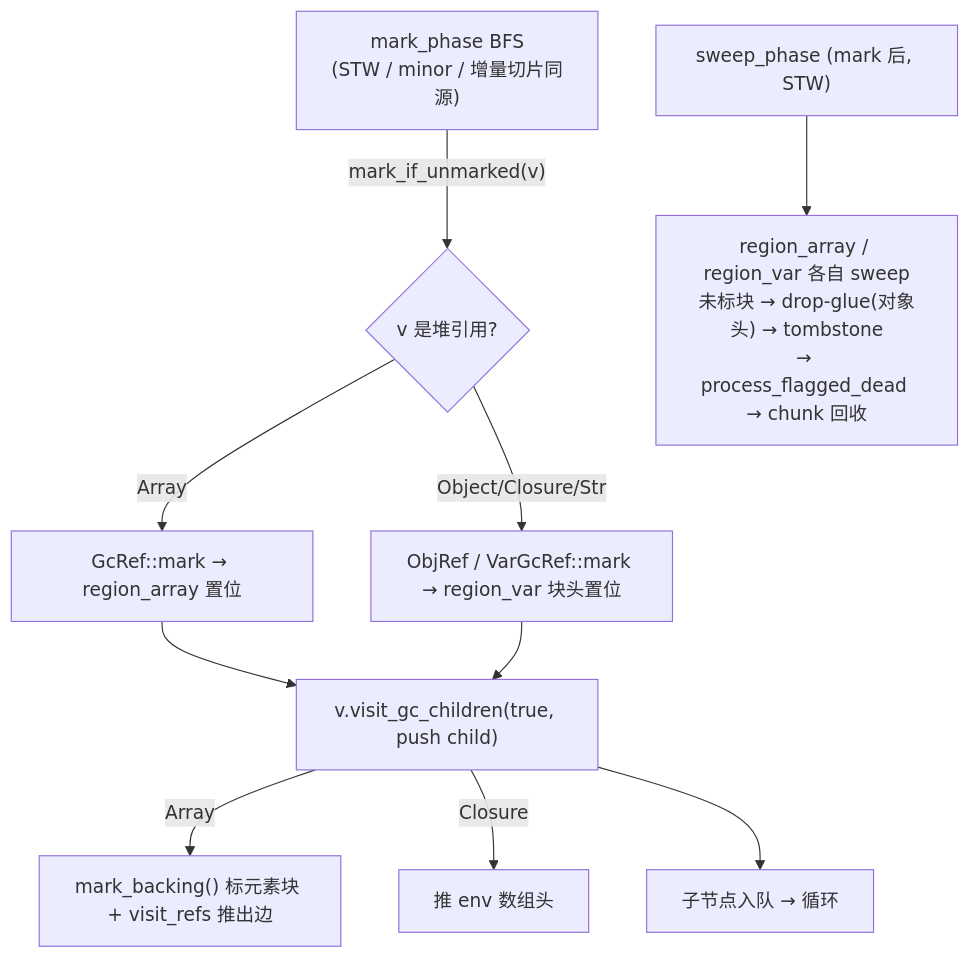
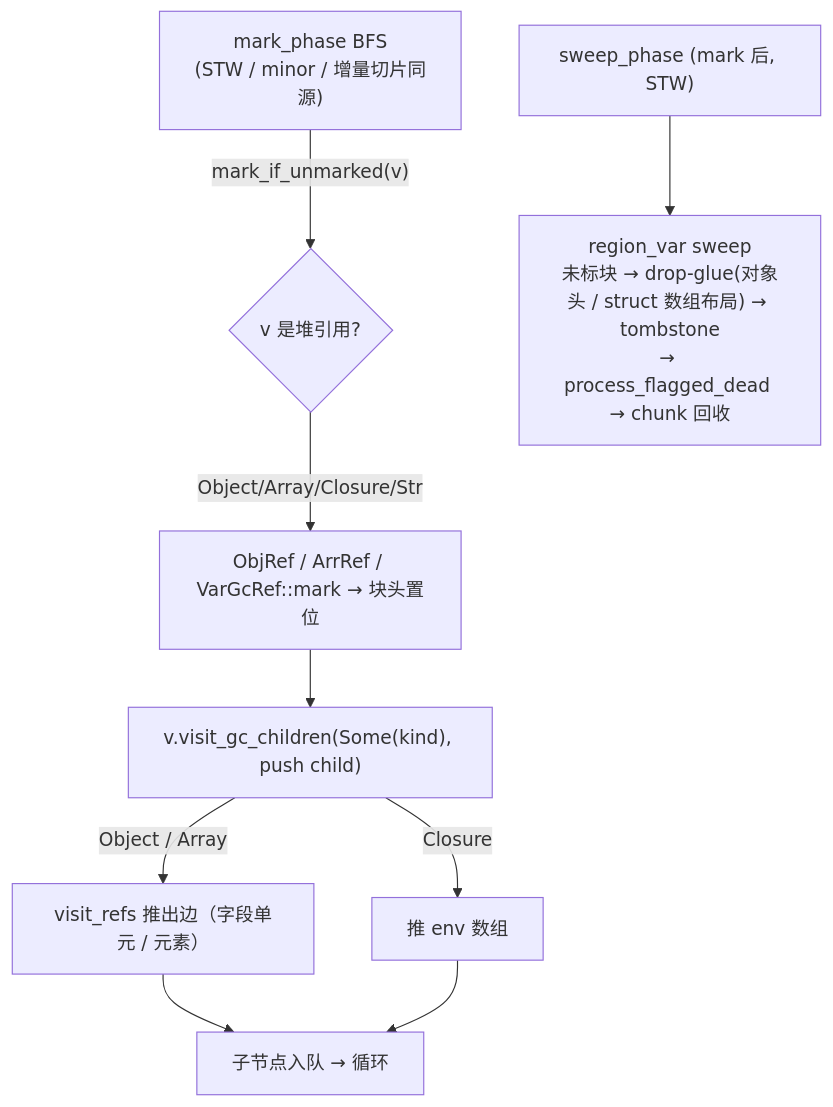
The diagram in docs/internals/src/runtime/gc.md (z42-lang/z42), drawn with Mermaid before and after one commit. The commit also changed other lines of this file and 138 other files, not shown here.

````diff
--- a/docs/internals/src/runtime/gc.md
+++ b/docs/internals/src/runtime/gc.md
@@ -345,12 +343,11 @@
 ```mermaid
 flowchart TD
   MARK["mark_phase BFS<br/>(STW / minor / 增量切片同源)"] -->|"mark_if_unmarked(v)"| M{"v 是堆引用?"}
-  M -->|"Array"| RO["GcRef::mark → region_array 置位"]
-  M -->|"Object/Closure/Str"| RV["ObjRef / VarGcRef::mark → region_var 块头置位"]
-  RO --> TC["v.visit_gc_children(true, push child)"]
-  RV --> TC
-  TC -->|"Array"| MB["mark_backing() 标元素块 + visit_refs 推出边"]
-  TC -->|"Closure"| CE["推 env 数组头"]
-  TC --> Q["子节点入队 → 循环"]
-  SWEEP["sweep_phase (mark 后, STW)"] --> S3["region_array / region_var 各自 sweep<br/>未标块 → drop-glue(对象头) → tombstone<br/>→ process_flagged_dead → chunk 回收"]
+  M -->|"Object/Array/Closure/Str"| RV["ObjRef / ArrRef / VarGcRef::mark → 块头置位"]
+  RV --> TC["v.visit_gc_children(Some(kind), push child)"]
+  TC -->|"Object / Array"| MB["visit_refs 推出边（字段单元 / 元素）"]
+  TC -->|"Closure"| CE["推 env 数组"]
+  MB --> Q["子节点入队 → 循环"]
+  CE --> Q
+  SWEEP["sweep_phase (mark 后, STW)"] --> S3["region_var sweep<br/>未标块 → drop-glue(对象头 / struct 数组布局) → tombstone<br/>→ process_flagged_dead → chunk 回收"]
 ```
````
